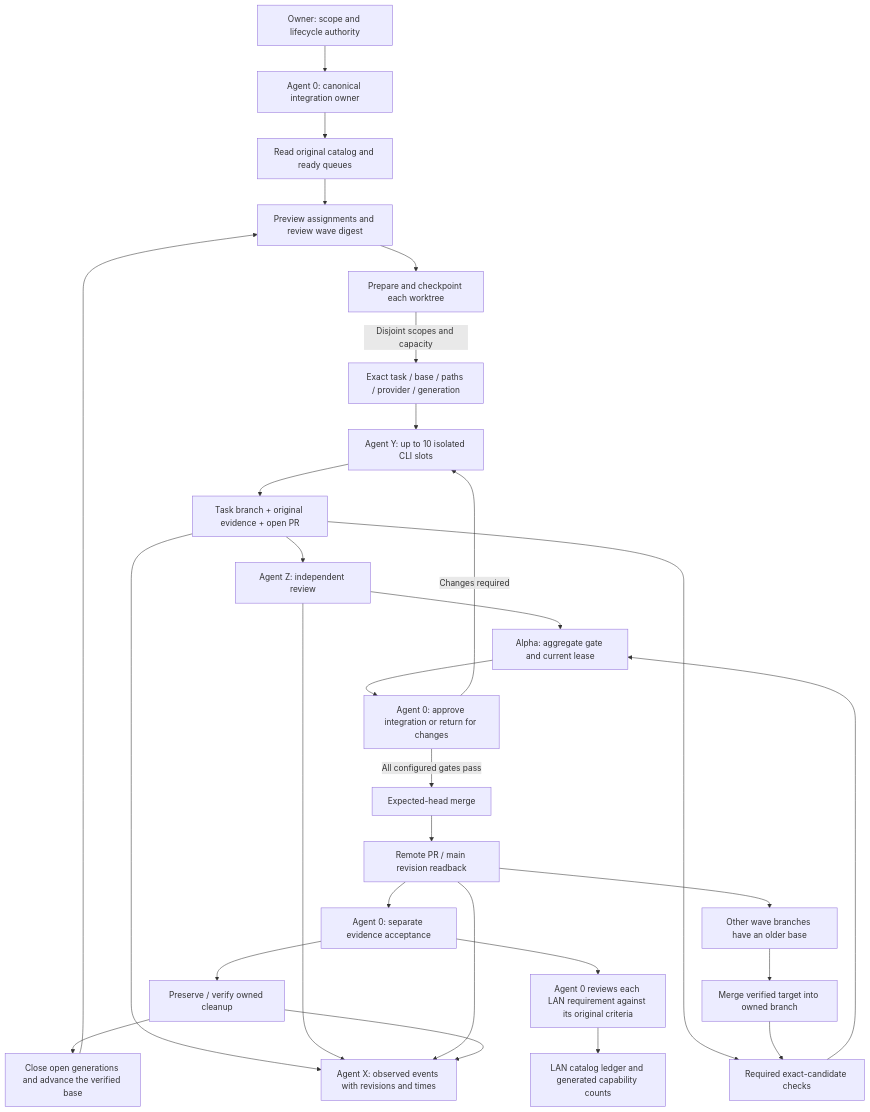
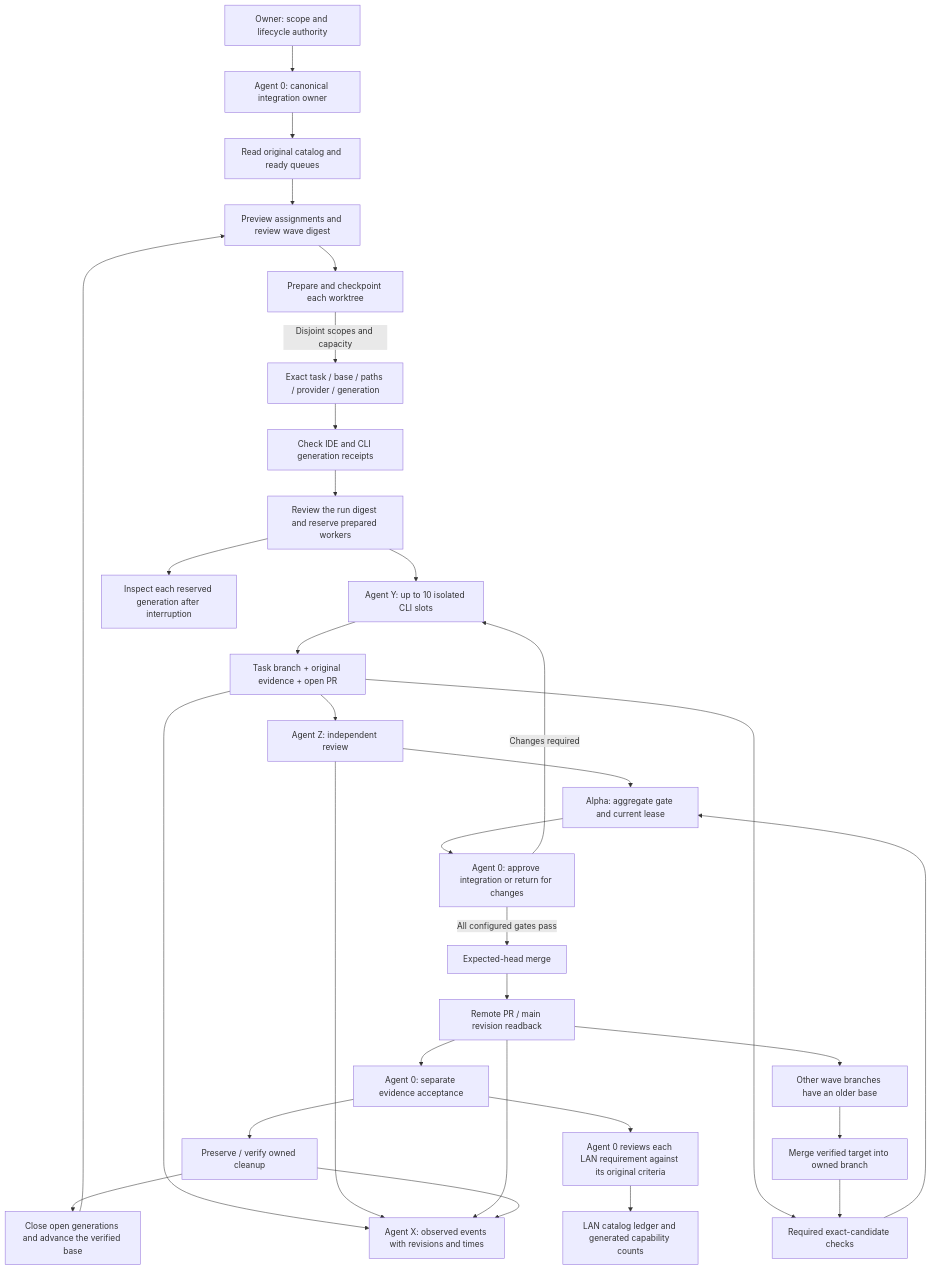
One commit to WayneTechLab/WebAppX changed the diagram in docs/SYSTEMX-SWARM-MAP.md. Above: the diagram before and after it, drawn with Mermaid. The commit also changed 1 other file, not shown here.

Commit message:
Map batch launch and recovery to the swarm roles

````diff
--- a/docs/SYSTEMX-SWARM-MAP.md
+++ b/docs/SYSTEMX-SWARM-MAP.md
@@ -11,31 +11,34 @@
 ```mermaid
 flowchart TD
     Owner[Owner: scope and lifecycle authority] --> A0[Agent 0: canonical integration owner]
     A0 --> Goal[Read original catalog and ready queues]
     Goal --> Wave[Preview assignments and review wave digest]
     Wave --> Prepare[Prepare and checkpoint each worktree]
     Prepare -->|Disjoint scopes and capacity| Packet[Exact task / base / paths / provider / generation]
-    Packet --> Y[Agent Y: up to 10 isolated CLI slots]
+    Packet --> Sync[Check IDE and CLI generation receipts]
+    Sync --> Launch[Review the run digest and reserve prepared workers]
+    Launch --> Y[Agent Y: up to 10 isolated CLI slots]
+    Launch --> Recovery[Inspect each reserved generation after interruption]
     Y --> Result[Task branch + original evidence + open PR]
     Result --> Z[Agent Z: independent review]
     Result --> Checks[Required exact-candidate checks]
     Z --> Alpha[Alpha: aggregate gate and current lease]
     Checks --> Alpha
     Alpha --> Decision[Agent 0: approve integration or return for changes]
     Decision -->|Changes required| Y
     Decision -->|All configured gates pass| Merge[Expected-head merge]
     Merge --> Verify[Remote PR / main revision readback]
     Verify --> Acceptance[Agent 0: separate evidence acceptance]
     Acceptance --> Cleanup[Preserve / verify owned cleanup]
     Verify --> Other[Other wave branches have an older base]
     Other --> Integrate[Merge verified target into owned branch]
     Integrate --> Checks
     Cleanup --> Barrier[Close open generations and advance the verified base]
     Barrier --> Wave
     Acceptance --> Evidence[Agent 0 reviews each LAN requirement against its original criteria]
     Evidence --> Catalog[LAN catalog ledger and generated capability counts]
     Result --> X[Agent X: observed events with revisions and times]
     Z --> X
     Verify --> X
     Cleanup --> X
 ```
````
